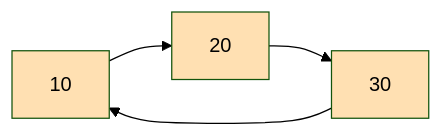
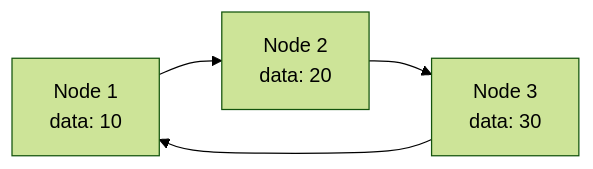
Before and after one commit to khieu-dv/vievlog: the third of 4 diagrams in src/content/soft-skills/dsa/bai-4.mdx, drawn with Mermaid (forest theme). The commit also changed other lines of this file and 8 other files, not shown here.

````diff
--- a/src/content/soft-skills/dsa/bai-4.mdx
+++ b/src/content/soft-skills/dsa/bai-4.mdx
@@ -387,10 +243,6 @@
 ```mermaid
 graph LR
-    A[10] --> B[20]
-    B --> C[30]
+    A[Node 1<br/>data: 10] --> B[Node 2<br/>data: 20]
+    B --> C[Node 3<br/>data: 30]
     C --> A
-
-    style A fill:#ffe0b2
-    style B fill:#ffe0b2
-    style C fill:#ffe0b2
 ```
````
